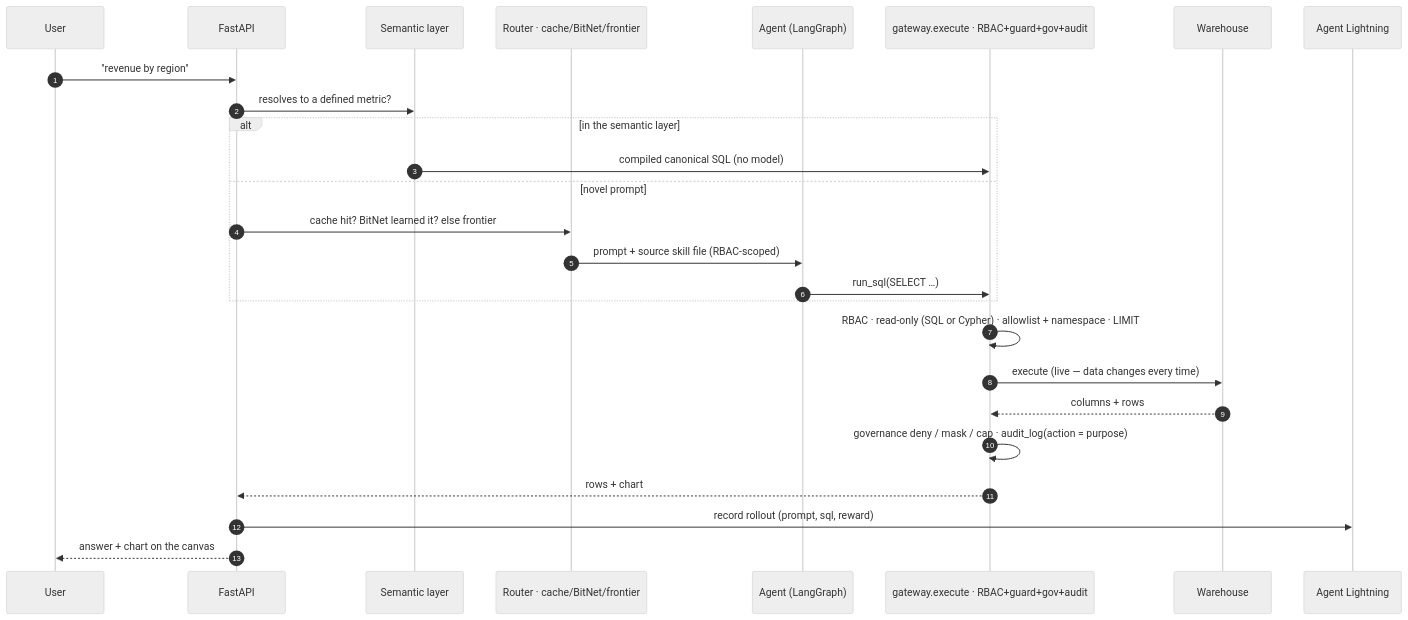
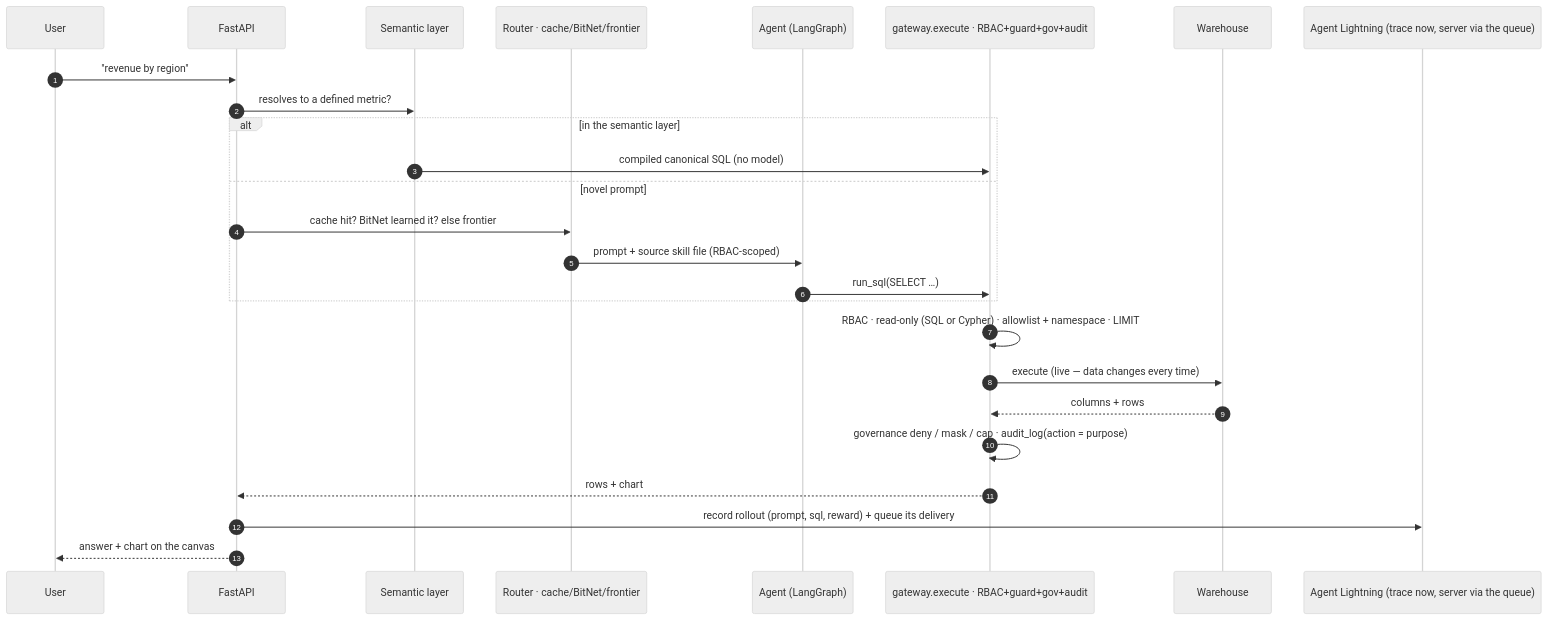
Before and after one commit to rohitkarumanchi745/studio: the second of 12 diagrams in README.md, drawn with Mermaid (neutral theme). The commit also changed other lines of this file and 5 other files, not shown here.

````diff
--- a/README.md
+++ b/README.md
@@ -229,29 +230,29 @@
 ```mermaid
 sequenceDiagram
     autonumber
     participant U as User
     participant API as FastAPI
     participant S as Semantic layer
     participant R as Router · cache/BitNet/frontier
     participant A as Agent (LangGraph)
     participant G as gateway.execute · RBAC+guard+gov+audit
     participant W as Warehouse
-    participant L as Agent Lightning
+    participant L as Agent Lightning (trace now, server via the queue)
 
     U->>API: "revenue by region"
     API->>S: resolves to a defined metric?
     alt in the semantic layer
         S->>G: compiled canonical SQL (no model)
     else novel prompt
         API->>R: cache hit? BitNet learned it? else frontier
         R->>A: prompt + source skill file (RBAC-scoped)
         A->>G: run_sql(SELECT …)
     end
     G->>G: RBAC · read-only (SQL or Cypher) · allowlist + namespace · LIMIT
     G->>W: execute (live — data changes every time)
     W-->>G: columns + rows
     G->>G: governance deny / mask / cap · audit_log(action = purpose)
     G-->>API: rows + chart
-    API->>L: record rollout (prompt, sql, reward)
+    API->>L: record rollout (prompt, sql, reward) + queue its delivery
     API-->>U: answer + chart on the canvas
 ```
````
